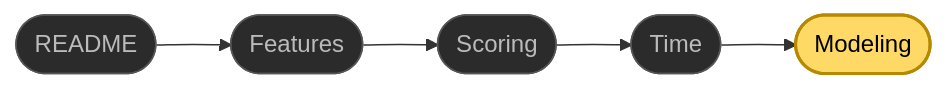
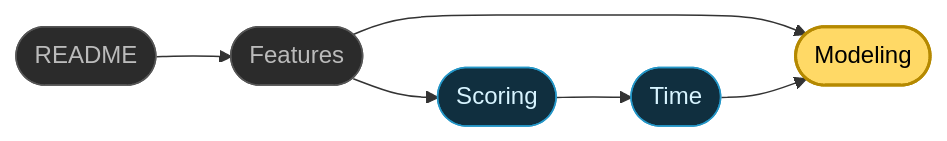
One commit to jmaroszek/Skill-Tree changed the diagram in docs/modeling.md. Above: the diagram before and after it, drawn with Mermaid. The commit also changed 4 other files, not shown here.

````diff
--- a/docs/modeling.md
+++ b/docs/modeling.md
@@ -169,8 +169,15 @@
 ```mermaid
 flowchart LR
-    R(["README"]) --> F(["Features"]) --> S(["Scoring"]) --> T(["Time"]) --> M(["Modeling"])
+    R(["README"]) --> F(["Features"])
+    F --> M(["Modeling"])
+    F --> S(["Scoring"])
+    S --> T(["Time"])
+    T --> M
+
     classDef current fill:#ffd966,stroke:#b58900,stroke-width:2px,color:#000;
     classDef other fill:#2b2b2b,stroke:#555,color:#bbb;
+    classDef technical fill:#102f3f,stroke:#2496c7,color:#d7f4ff;
     class M current
-    class R,F,S,T other
+    class R,F other
+    class S,T technical
 ```
````
